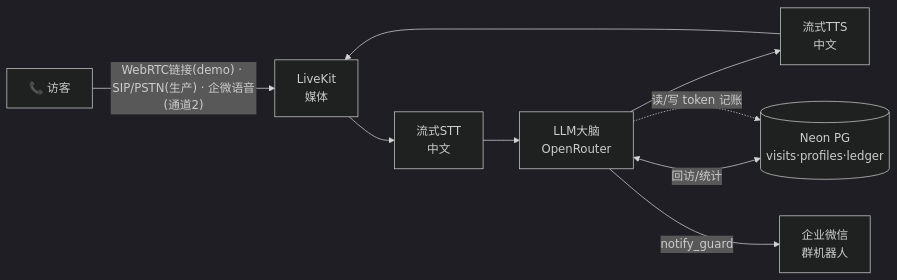
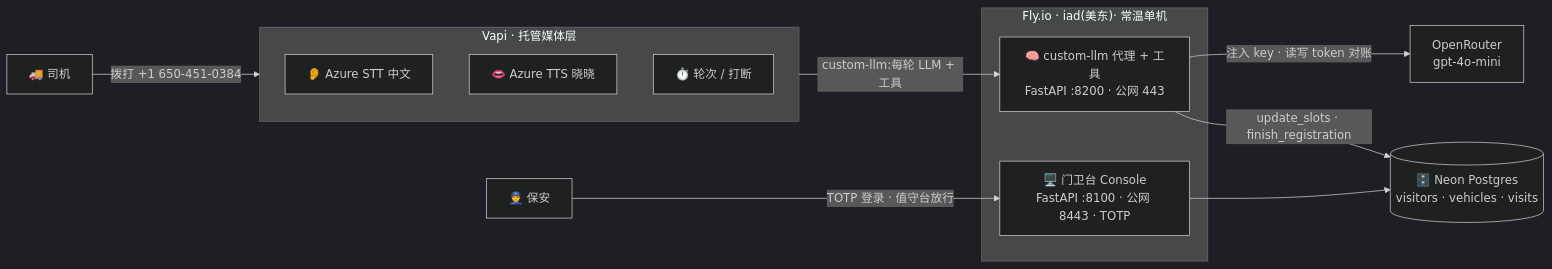
One commit to KrimsonSun/AgentGuard changed the first of 3 diagrams in README.md. Above: the diagram before and after it, drawn with Mermaid (dark theme). The commit also changed other lines of this file, not shown here.

First line of the commit message:
docs: rewrite README for current system (Vapi + Fly + TOTP console) with Mermaid diagrams

````diff
--- a/README.md
+++ b/README.md
@@ -8,8 +23,21 @@
 ```mermaid
 flowchart LR
-    U["📞 访客"] -->|"WebRTC链接(demo) · SIP/PSTN(生产) · 企微语音(通道2)"| LK["LiveKit<br/>媒体"]
-    LK --> STT["流式STT<br/>中文"] --> BRAIN["LLM大脑<br/>OpenRouter"] --> TTS["流式TTS<br/>中文"] --> LK
-    BRAIN <-->|回访/统计| DB[("Neon PG<br/>visits·profiles·ledger")]
-    BRAIN -->|notify_guard| WX["企业微信<br/>群机器人"]
-    BRAIN -.->|读/写 token 记账| DB
+    DRIVER["🚚 司机"] -->|"拨打 +1 650-451-0384"| VAPI
+
+    subgraph VAPI["Vapi · 托管媒体层"]
+        STT["👂 Azure STT 中文"]
+        TTS["👄 Azure TTS 晓晓"]
+        TURN["⏱️ 轮次 / 打断"]
+    end
+
+    subgraph FLY["Fly.io · iad(美东)· 常温单机"]
+        PROXY["🧠 custom-llm 代理 + 工具<br/>FastAPI :8200 · 公网 443"]
+        CONSOLE["🖥️ 门卫台 Console<br/>FastAPI :8100 · 公网 8443 · TOTP"]
+    end
+
+    VAPI -->|"custom-llm:每轮 LLM + 工具"| PROXY
+    PROXY -->|"注入 key · 读写 token 对账"| OR["OpenRouter<br/>gpt-4o-mini"]
+    PROXY -->|"update_slots · finish_registration"| NEON[("🗄️ Neon Postgres<br/>visitors · vehicles · visits")]
+    CONSOLE --> NEON
+    GUARD["👮 保安"] -->|"TOTP 登录 · 值守台放行"| CONSOLE
 ```
````
